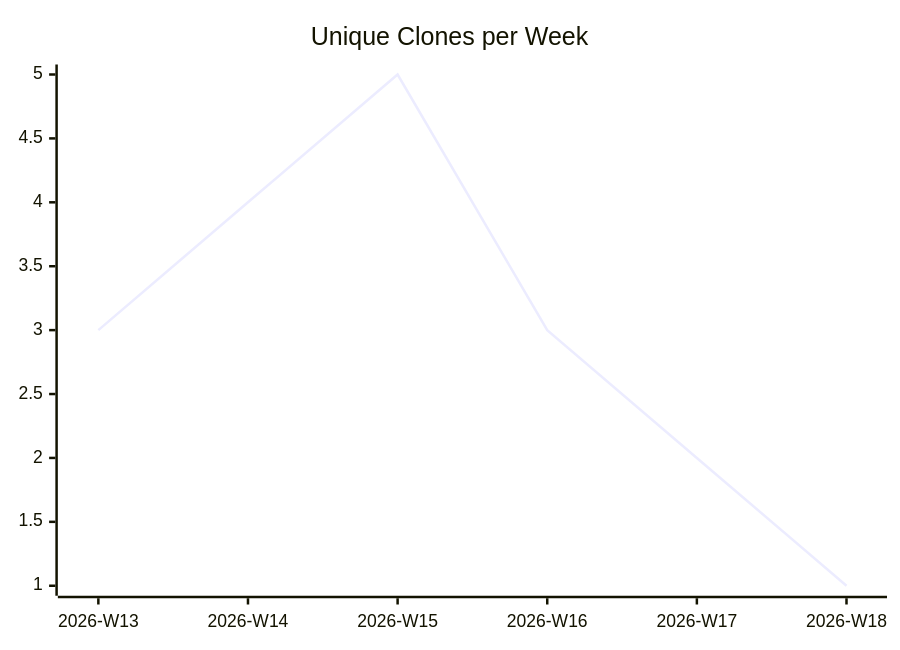
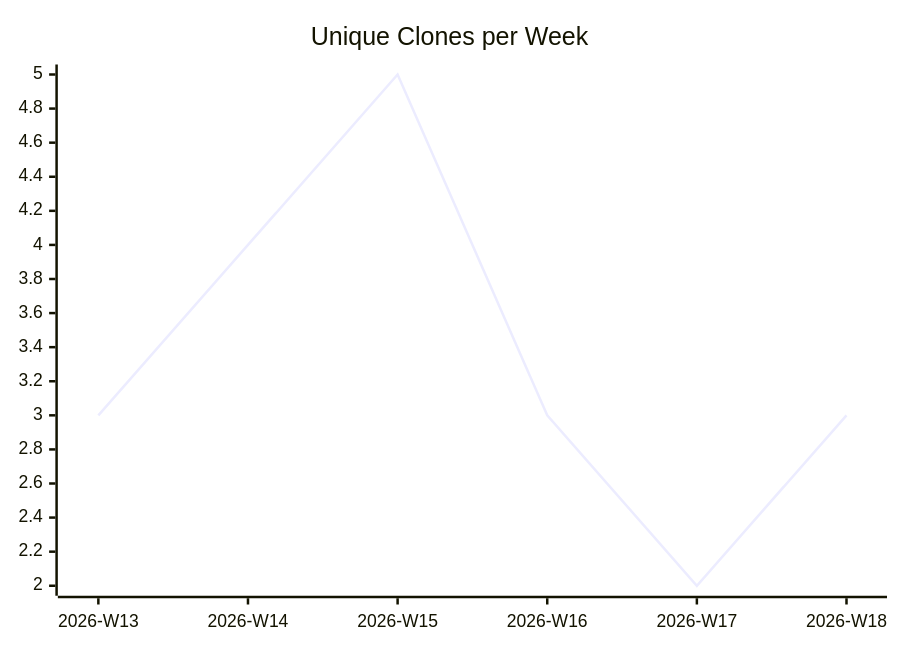
One commit to justdavis-family/github-analytics-data changed the third of 3 diagrams in karlmdavis/justdavis-karl/README.md. Above: the diagram before and after it, drawn with Mermaid. The commit also changed other lines of this file and 187 other files, not shown here.

````diff
--- a/karlmdavis/justdavis-karl/README.md
+++ b/karlmdavis/justdavis-karl/README.md
@@ -19,6 +19,6 @@
 ```mermaid
 xychart-beta
   title "Unique Clones per Week"
   x-axis ["2026-W13", "2026-W14", "2026-W15", "2026-W16", "2026-W17", "2026-W18"]
-  line [3, 4, 5, 3, 2, 1]
+  line [3, 4, 5, 3, 2, 3]
 ```
````
